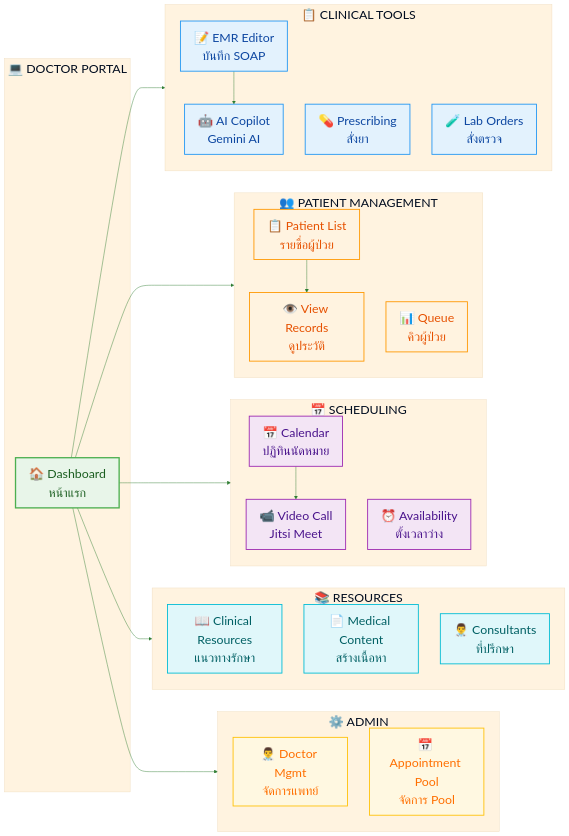
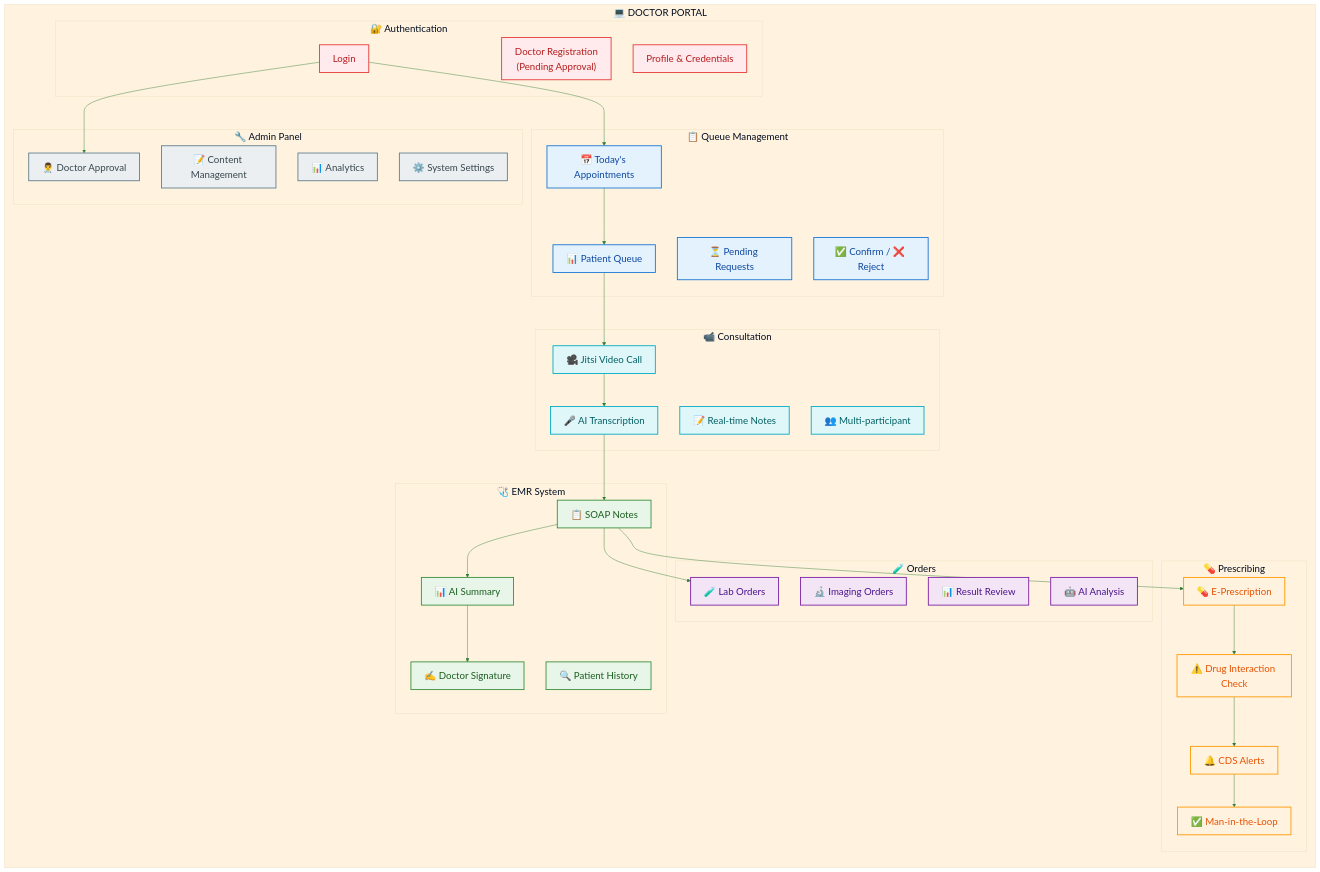
One commit to chiraleo2000/Isara-Anywhere changed the diagram in Presentations/diagrams/03-doctor-features.mmd. Above: the diagram before and after it, drawn with Mermaid. The commit also changed other lines of this file and 198 other files, not shown here.

```diff
--- a/Presentations/diagrams/03-doctor-features.mmd
+++ b/Presentations/diagrams/03-doctor-features.mmd
@@ -1,75 +1,90 @@
 %%{init: {
   'theme': 'base',
   'themeVariables': {
     'primaryColor': '#E8F5E9',
     'primaryTextColor': '#1B5E20',
     'primaryBorderColor': '#4CAF50',
     'lineColor': '#2E7D32',
     'secondaryColor': '#E3F2FD',
     'tertiaryColor': '#FFF3E0',
-    'fontSize': '28px',
+    'fontSize': '22px',
     'fontFamily': 'Segoe UI, Arial'
   }
 }}%%
 
-flowchart LR
-    subgraph CENTER["💻 DOCTOR PORTAL"]
-        HOME["🏠 Dashboard<br/>หน้าแรก"]
+flowchart TB
+    subgraph DP["💻 DOCTOR PORTAL"]
+        direction TB
+        
+        subgraph AUTH["🔐 Authentication"]
+            A1["Login"]
+            A2["Doctor Registration<br/>(Pending Approval)"]
+            A3["Profile & Credentials"]
+        end
+        
+        subgraph QUEUE["📋 Queue Management"]
+            B1["📅 Today's Appointments"]
+            B2["⏳ Pending Requests"]
+            B3["✅ Confirm / ❌ Reject"]
+            B4["📊 Patient Queue"]
+        end
+        
+        subgraph CONSULT["📹 Consultation"]
+            C1["🎥 Jitsi Video Call"]
+            C2["🎤 AI Transcription"]
+            C3["📝 Real-time Notes"]
+            C4["👥 Multi-participant"]
+        end
+        
+        subgraph EMR["🩺 EMR System"]
+            D1["📋 SOAP Notes"]
+            D2["🔍 Patient History"]
+            D3["📊 AI Summary"]
+            D4["✍️ Doctor Signature"]
+        end
+        
+        subgraph PRESCRIBE["💊 Prescribing"]
+            E1["💊 E-Prescription"]
+            E2["⚠️ Drug Interaction Check"]
+            E3["🔔 CDS Alerts"]
+            E4["✅ Man-in-the-Loop"]
+        end
+        
+        subgraph ORDERS["🧪 Orders"]
+            F1["🧪 Lab Orders"]
+            F2["🔬 Imaging Orders"]
+            F3["📊 Result Review"]
+            F4["🤖 AI Analysis"]
+        end
+        
+        subgraph ADMIN["🔧 Admin Panel"]
+            G1["👨‍⚕️ Doctor Approval"]
+            G2["📝 Content Management"]
+            G3["📊 Analytics"]
+            G4["⚙️ System Settings"]
+        end
     end
 
-    subgraph CLINICAL["📋 CLINICAL TOOLS"]
-        E1["📝 EMR Editor<br/>บันทึก SOAP"]
-        E2["💊 Prescribing<br/>สั่งยา"]
-        E3["🧪 Lab Orders<br/>สั่งตรวจ"]
-        E4["🤖 AI Copilot<br/>Gemini AI"]
-    end
+    A1 --> B1
+    B1 --> B4 --> C1
+    C1 --> C2 --> D1
+    D1 --> D3 --> D4
+    D1 --> E1 --> E2 --> E3 --> E4
+    D1 --> F1
+    A1 --> G1
 
-    subgraph PATIENTS["👥 PATIENT MANAGEMENT"]
-        P1["📋 Patient List<br/>รายชื่อผู้ป่วย"]
-        P2["👁️ View Records<br/>ดูประวัติ"]
-        P3["📊 Queue<br/>คิวผู้ป่วย"]
-    end
+    classDef authStyle fill:#FFEBEE,stroke:#E53935,stroke-width:2px,color:#B71C1C
+    classDef queueStyle fill:#E3F2FD,stroke:#1976D2,stroke-width:2px,color:#0D47A1
+    classDef consultStyle fill:#E0F7FA,stroke:#00ACC1,stroke-width:2px,color:#006064
+    classDef emrStyle fill:#E8F5E9,stroke:#388E3C,stroke-width:2px,color:#1B5E20
+    classDef rxStyle fill:#FFF3E0,stroke:#FF9800,stroke-width:2px,color:#E65100
+    classDef orderStyle fill:#F3E5F5,stroke:#7B1FA2,stroke-width:2px,color:#4A148C
+    classDef adminStyle fill:#ECEFF1,stroke:#607D8B,stroke-width:2px,color:#37474F
 
-    subgraph SCHEDULE["📅 SCHEDULING"]
-        S1["📅 Calendar<br/>ปฏิทินนัดหมาย"]
-        S2["⏰ Availability<br/>ตั้งเวลาว่าง"]
-        S3["📹 Video Call<br/>Jitsi Meet"]
-    end
-
-    subgraph RESOURCES["📚 RESOURCES"]
-        R1["📖 Clinical Resources<br/>แนวทางรักษา"]
-        R2["📄 Medical Content<br/>สร้างเนื้อหา"]
-        R3["👨‍⚕️ Consultants<br/>ที่ปรึกษา"]
-    end
-
-    subgraph ADMIN["⚙️ ADMIN"]
-        A1["👨‍⚕️ Doctor Mgmt<br/>จัดการแพทย์"]
-        A2["📅 Appointment Pool<br/>จัดการ Pool"]
-    end
-
-    %% Connections from Dashboard
-    HOME --> CLINICAL
-    HOME --> PATIENTS
-    HOME --> SCHEDULE
-    HOME --> RESOURCES
-    HOME --> ADMIN
-
-    %% Internal flows
-    E1 --> E4
-    P1 --> P2
-    S1 --> S3
-
-    %% Styling
-    classDef centerStyle fill:#E8F5E9,stroke:#4CAF50,stroke-width:3px,color:#1B5E20
-    classDef clinicalStyle fill:#E3F2FD,stroke:#2196F3,stroke-width:2px,color:#0D47A1
-    classDef patientStyle fill:#FFF3E0,stroke:#FF9800,stroke-width:2px,color:#E65100
-    classDef scheduleStyle fill:#F3E5F5,stroke:#9C27B0,stroke-width:2px,color:#4A148C
-    classDef resourceStyle fill:#E0F7FA,stroke:#00BCD4,stroke-width:2px,color:#006064
-    classDef adminStyle fill:#FFF8E1,stroke:#FFC107,stroke-width:2px,color:#FF6F00
-
-    class HOME centerStyle
-    class E1,E2,E3,E4 clinicalStyle
-    class P1,P2,P3 patientStyle
-    class S1,S2,S3 scheduleStyle
-    class R1,R2,R3 resourceStyle
-    class A1,A2 adminStyle
+    class A1,A2,A3 authStyle
+    class B1,B2,B3,B4 queueStyle
+    class C1,C2,C3,C4 consultStyle
+    class D1,D2,D3,D4 emrStyle
+    class E1,E2,E3,E4 rxStyle
+    class F1,F2,F3,F4 orderStyle
+    class G1,G2,G3,G4 adminStyle
```
